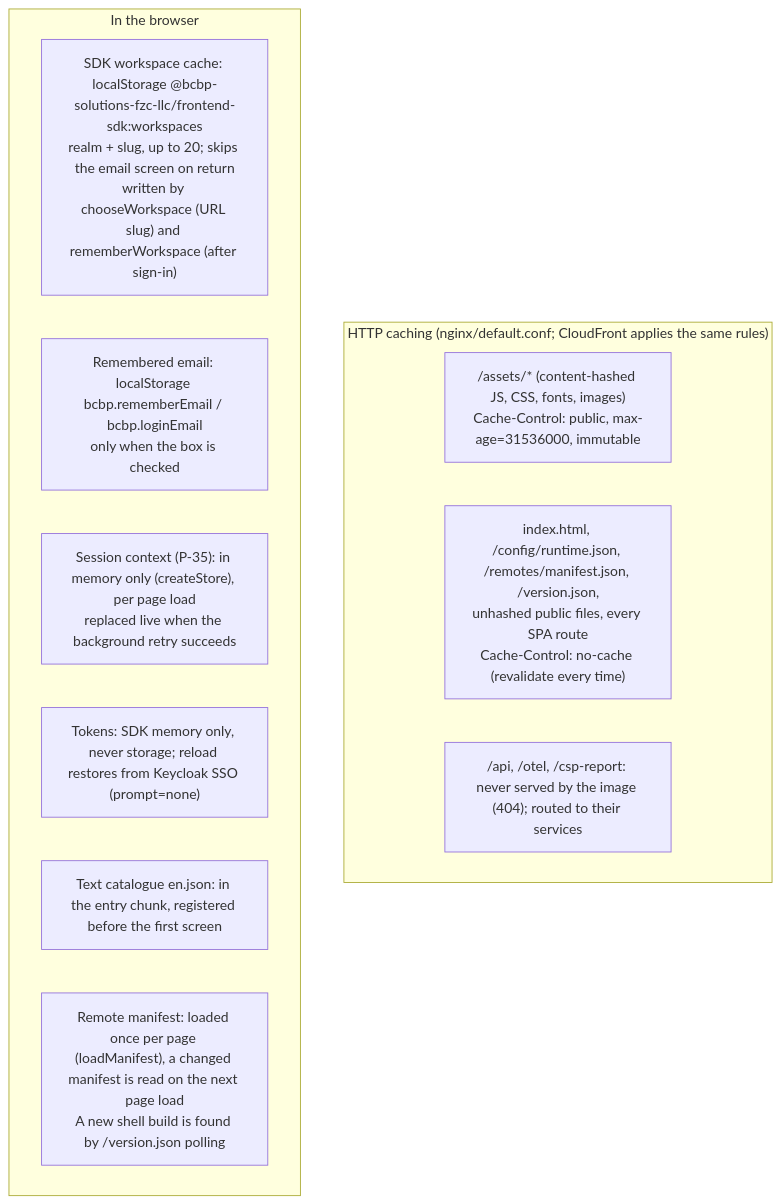
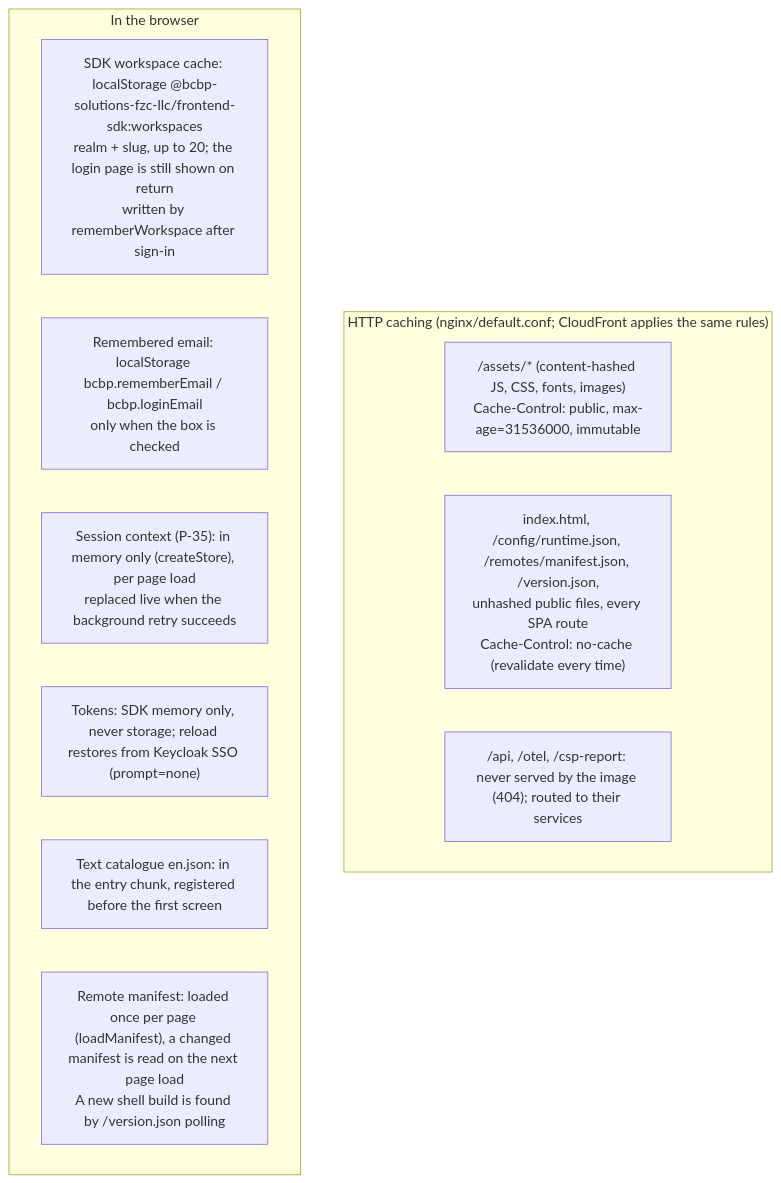
The diagram in docs/architecture/mermaid/cache-strategy.mmd (BCBP-SOLUTIONS-FZC-LLC/web-shell), drawn with Mermaid before and after one commit. The commit also changed 9 other files, not shown here.

Commit message:
login page changes

```diff
--- a/docs/architecture/mermaid/cache-strategy.mmd
+++ b/docs/architecture/mermaid/cache-strategy.mmd
@@ -1,14 +1,14 @@
 flowchart TD
     subgraph http["HTTP caching (nginx/default.conf; CloudFront applies the same rules)"]
         h1["/assets/* (content-hashed JS, CSS, fonts, images)\nCache-Control: public, max-age=31536000, immutable"]
         h2["index.html, /config/runtime.json, /remotes/manifest.json, /version.json,\nunhashed public files, every SPA route\nCache-Control: no-cache (revalidate every time)"]
         h3["/api, /otel, /csp-report: never served by the image (404); routed to their services"]
     end
     subgraph browser["In the browser"]
-        b1["SDK workspace cache: localStorage @bcbp-solutions-fzc-llc/frontend-sdk:workspaces\nrealm + slug, up to 20; skips the email screen on return\nwritten by chooseWorkspace (URL slug) and rememberWorkspace (after sign-in)"]
+        b1["SDK workspace cache: localStorage @bcbp-solutions-fzc-llc/frontend-sdk:workspaces\nrealm + slug, up to 20; the login page is still shown on return\nwritten by rememberWorkspace after sign-in"]
         b2["Remembered email: localStorage bcbp.rememberEmail / bcbp.loginEmail\nonly when the box is checked"]
         b3["Session context (P-35): in memory only (createStore), per page load\nreplaced live when the background retry succeeds"]
         b4["Tokens: SDK memory only, never storage; reload restores from Keycloak SSO (prompt=none)"]
         b5["Text catalogue en.json: in the entry chunk, registered before the first screen"]
         b6["Remote manifest: loaded once per page (loadManifest), a changed manifest is read on the next page load\nA new shell build is found by /version.json polling"]
     end
```
